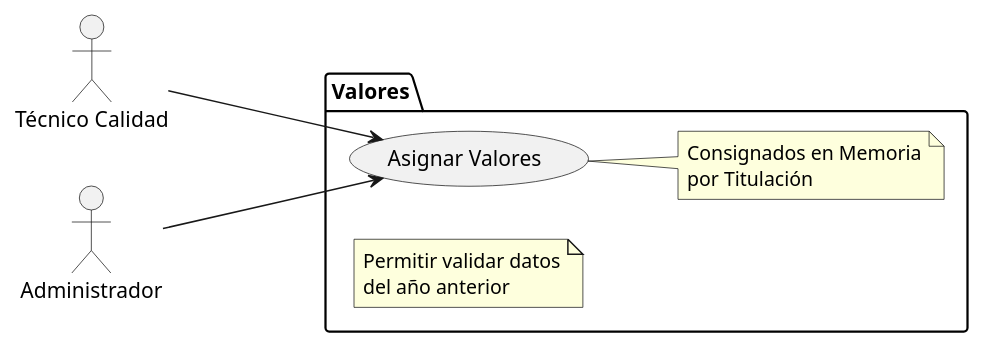
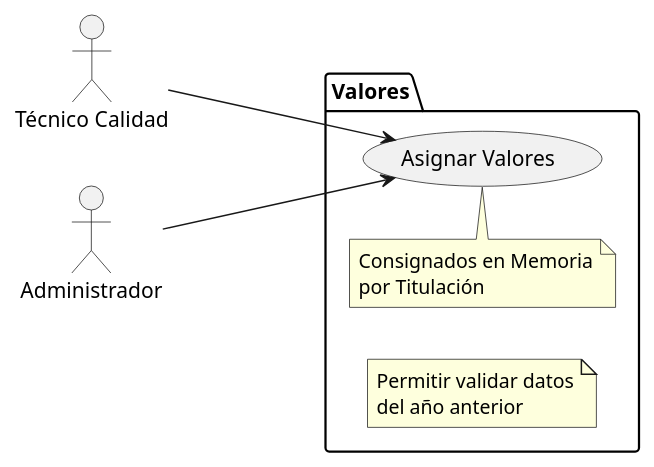
One commit to mmasias/24-25-IdSw1-SDR changed the diagram in modelosUML/CdU/Individuales/AsignarValores.puml. Above: the diagram before and after it, drawn with PlantUML. The commit also changed 31 other files, not shown here.

Commit message:
ajustes de proporcion en diagramas

```diff
--- a/modelosUML/CdU/Individuales/AsignarValores.puml
+++ b/modelosUML/CdU/Individuales/AsignarValores.puml
@@ -1,19 +1,19 @@
 @startuml
 left to right direction
 
 actor "Técnico Calidad" as tec
 actor "Administrador" as admin
 
 package "Valores" as valoresPackage {
     usecase "Asignar Valores" as asignarValores
-    note right of asignarValores
+    note top of asignarValores
         Consignados en Memoria
         por Titulación
     end note
 
     note "Permitir validar datos\ndel año anterior" as valoresDef
 }
 
 tec ---> asignarValores
 admin ---> asignarValores
 @enduml
```
